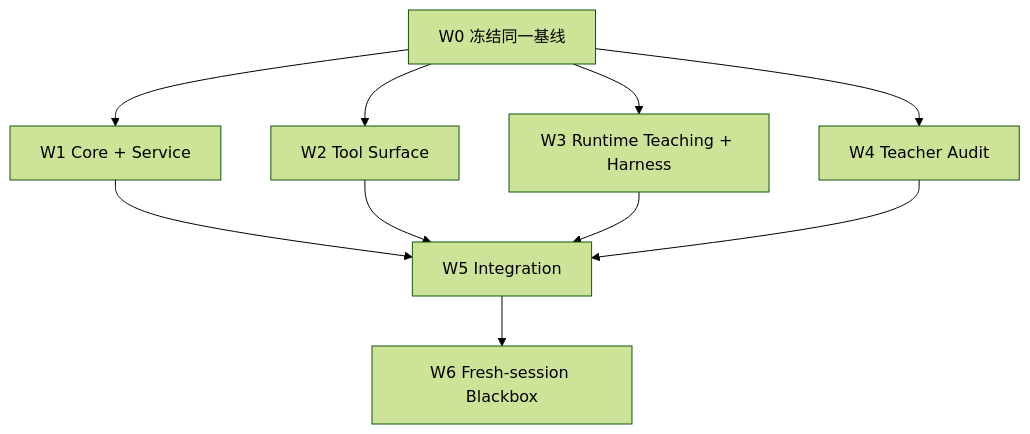
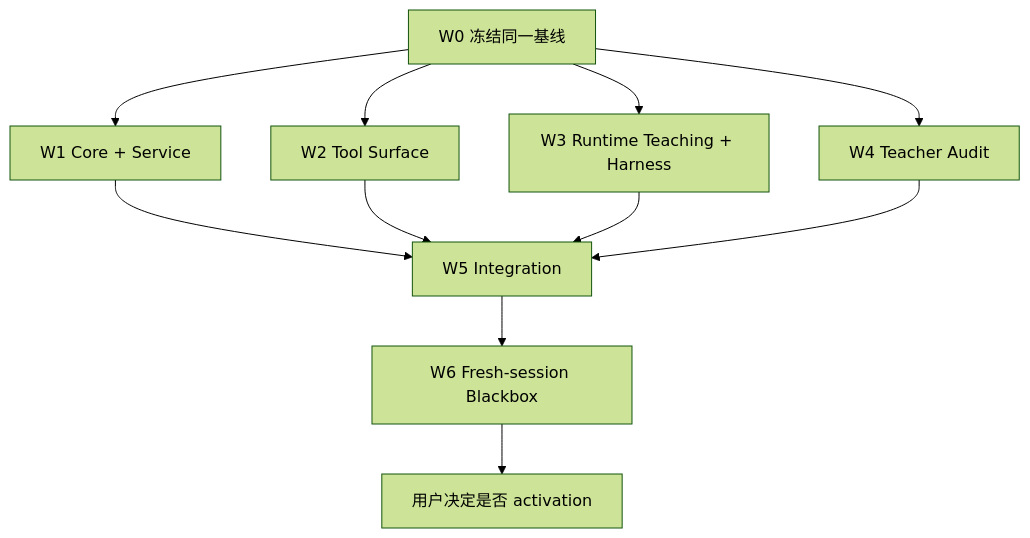
One commit to Pandluto/dmg-end-field changed the diagram in docs/specs/def-opencode-evidence-runtime-spec9/task9-1.md. Above: the diagram before and after it, drawn with Mermaid (forest theme). The commit also changed other lines of this file and 2 other files, not shown here.

````diff
--- a/docs/specs/def-opencode-evidence-runtime-spec9/task9-1.md
+++ b/docs/specs/def-opencode-evidence-runtime-spec9/task9-1.md
@@ -622,12 +632,13 @@
 ```mermaid
 flowchart TD
   W0["W0 冻结同一基线"] --> W1["W1 Core + Service"]
   W0 --> W2["W2 Tool Surface"]
   W0 --> W3["W3 Runtime Teaching + Harness"]
   W0 --> W4["W4 Teacher Audit"]
   W1 --> W5["W5 Integration"]
   W2 --> W5
   W3 --> W5
   W4 --> W5
   W5 --> W6["W6 Fresh-session Blackbox"]
+  W6 --> U["用户决定是否 activation"]
 ```
````
